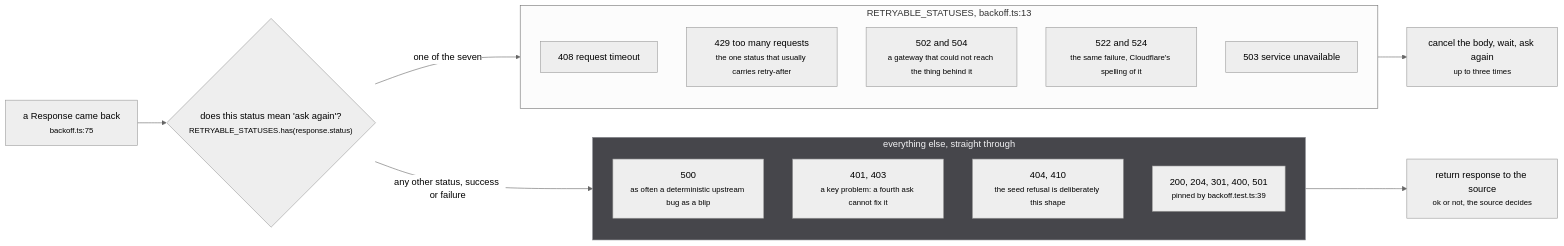
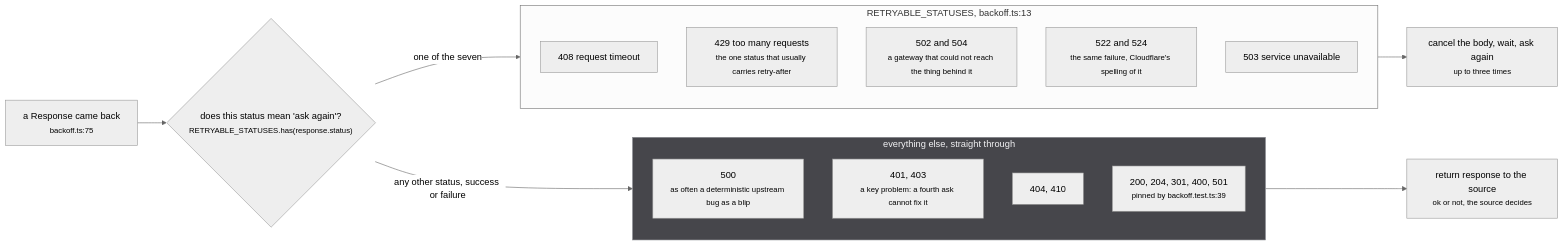
One commit to banou26/stub changed the third of 4 diagrams in docs/src/content/docs/request/fetch-and-backoff.md. Above: the diagram before and after it, drawn with Mermaid (neutral theme). The commit also changed other lines of this file and 68 other files, not shown here.

````diff
--- a/docs/src/content/docs/request/fetch-and-backoff.md
+++ b/docs/src/content/docs/request/fetch-and-backoff.md
@@ -159,37 +124,37 @@
 ```mermaid
 flowchart LR
   R["a Response came back<br/><small>backoff.ts:75</small>"]
   D{"does this status mean 'ask again'?<br/><small>RETRYABLE_STATUSES.has(response.status)</small>"}
 
   subgraph retryable["RETRYABLE_STATUSES, backoff.ts:13"]
     direction TB
     A408["408 request timeout"]
     A429["429 too many requests<br/><small>the one status that usually carries retry-after</small>"]
     A502["502 and 504<br/><small>a gateway that could not reach the thing behind it</small>"]
     A522["522 and 524<br/><small>the same failure, Cloudflare's spelling of it</small>"]
     A503["503 service unavailable"]
   end
 
   subgraph passthrough["everything else, straight through"]
     direction TB
     B500["500<br/><small>as often a deterministic upstream bug as a blip</small>"]
     B403["401, 403<br/><small>a key problem: a fourth ask cannot fix it</small>"]
-    B404["404, 410<br/><small>the seed refusal is deliberately this shape</small>"]
+    B404["404, 410"]
     B200["200, 204, 301, 400, 501<br/><small>pinned by backoff.test.ts:39</small>"]
   end
 
   RETRY["cancel the body, wait, ask again<br/><small>up to three times</small>"]
   OUT["return response to the source<br/><small>ok or not, the source decides</small>"]
 
   R --> D
   D -->|"one of the seven"| retryable
   D -->|"any other status, success or failure"| passthrough
   retryable --> RETRY
   passthrough --> OUT
 
   classDef irrev fill:#b03f33,stroke:#e0796f,color:#ffffff
   classDef ratchet fill:#8f5a0e,stroke:#f2b45c,color:#ffffff
   classDef view fill:#4572b5,stroke:#8db0de,color:#ffffff
   classDef refuse fill:#46464b,stroke:#8b8c93,color:#f2f2f4
   class passthrough refuse
 ```
````
